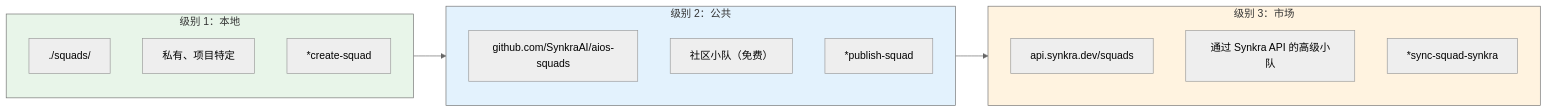
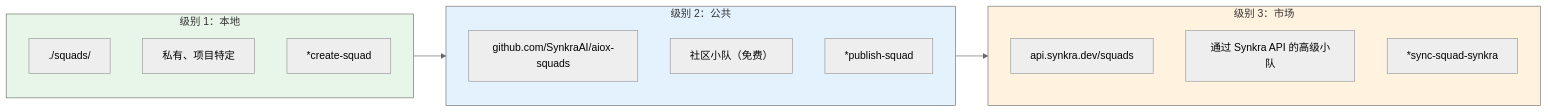
One commit to henriquetj159/henriquetj changed the sixth of 6 diagrams in docs/zh/aiox-agent-flows/squad-creator-system.md. Above: the diagram before and after it, drawn with Mermaid (neutral theme). The commit also changed other lines of this file and 2056 other files, not shown here.

First line of the commit message:
chore: update aios→aiox references in file contents

````diff
--- a/docs/zh/aiox-agent-flows/squad-creator-system.md
+++ b/docs/zh/aiox-agent-flows/squad-creator-system.md
@@ -564,27 +564,27 @@
 ```mermaid
 flowchart LR
     subgraph LOCAL["级别 1：本地"]
         L_PATH["./squads/"]
         L_DESC["私有、项目特定"]
         L_CMD["*create-squad"]
     end
 
     subgraph PUBLIC["级别 2：公共"]
-        P_REPO["github.com/SynkraAI/aios-squads"]
+        P_REPO["github.com/SynkraAI/aiox-squads"]
         P_DESC["社区小队（免费）"]
         P_CMD["*publish-squad"]
     end
 
     subgraph MARKET["级别 3：市场"]
         M_API["api.synkra.dev/squads"]
         M_DESC["通过 Synkra API 的高级小队"]
         M_CMD["*sync-squad-synkra"]
     end
 
     LOCAL --> PUBLIC
     PUBLIC --> MARKET
 
     style LOCAL fill:#e8f5e9
     style PUBLIC fill:#e3f2fd
     style MARKET fill:#fff3e0
 ```
````
